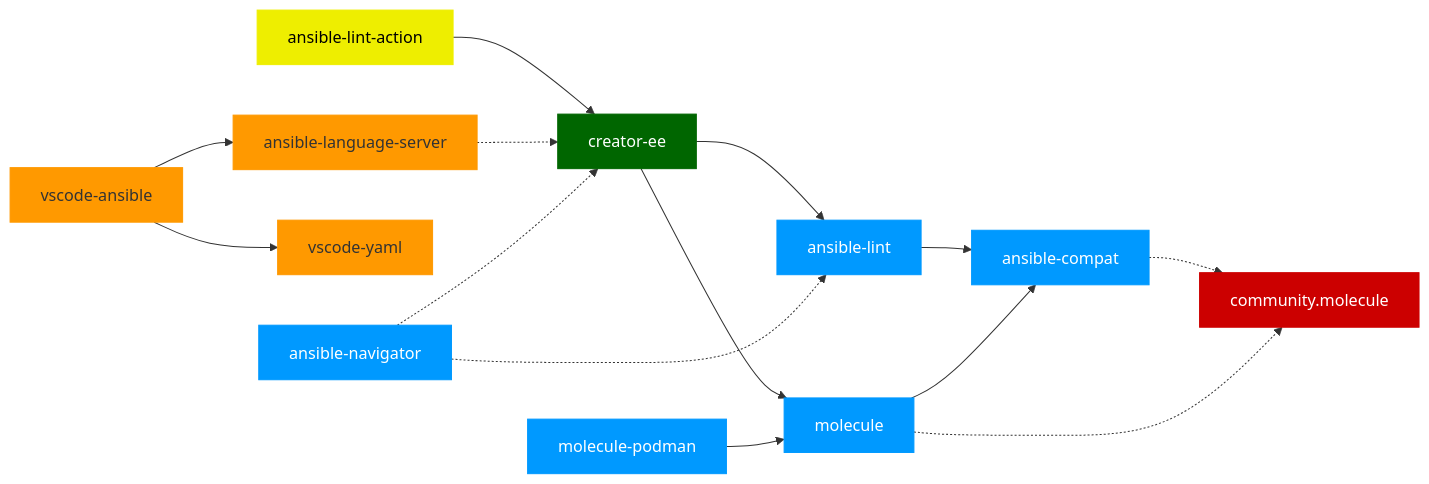
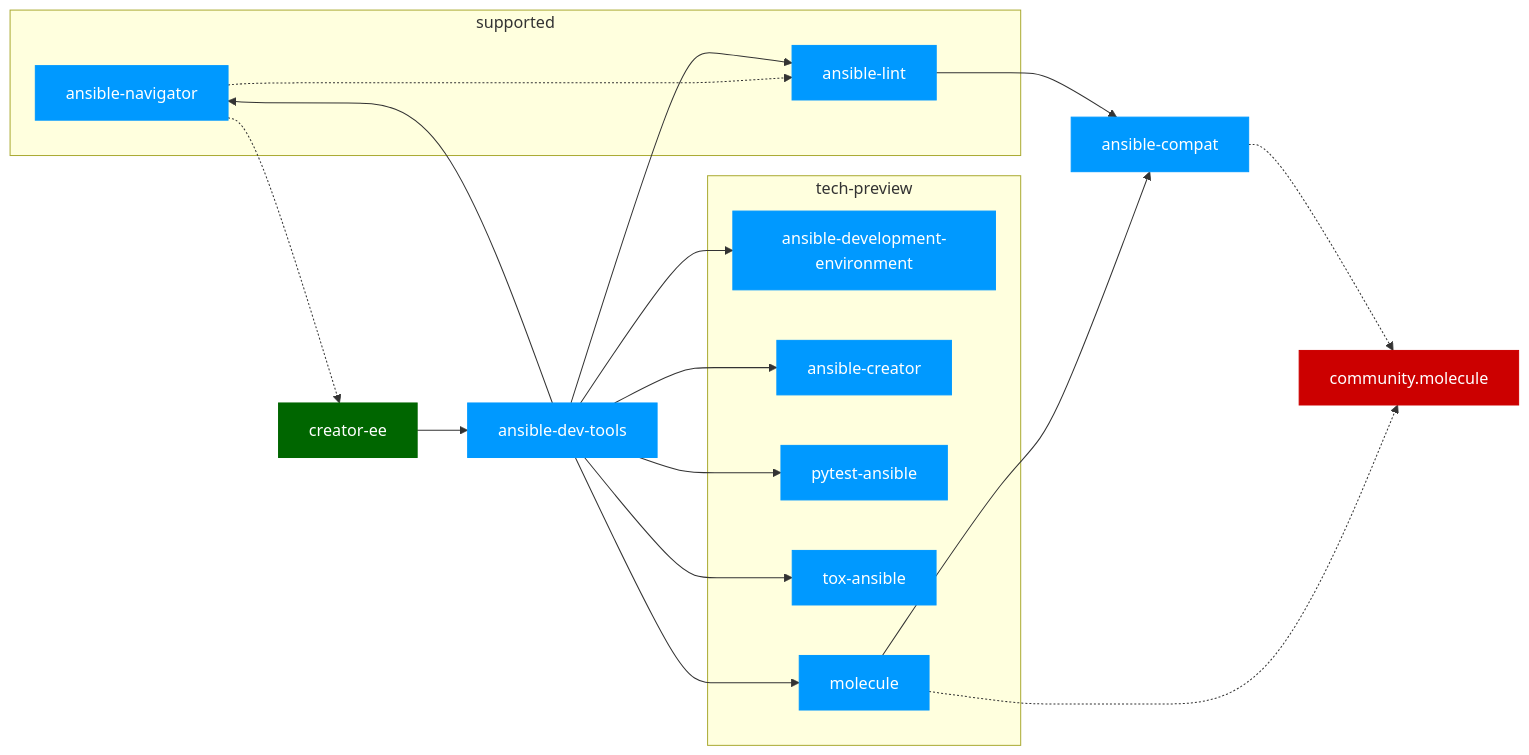
Before and after one commit to ansible/team-devtools: the first of 4 diagrams in README.md, drawn with Mermaid. The commit also changed other lines of this file and 2 other files, not shown here.

Commit message:
Document DevTools project changes
- update project names after renames
- update documentation to include new projects
- sort projects based on their current maintenance status

````diff
--- a/README.md
+++ b/README.md
@@ -7,47 +9,64 @@
 ```mermaid
 graph LR;
 
   classDef tsclass fill:#f90,stroke:#f90,color:#333;
   classDef containerclass fill:#060,stroke:#060,color:#fff;
   classDef thirdpartyclass fill:#9f6,stroke:#9f6,color:#333;
   classDef collectionclass fill:#c00,stroke:#c00,color:#fff;
   classDef pyclass fill:#09f,stroke:#09f,color:#fff;
-  classDef ghaclass fill:#ee0,stroke:#ee0,color:#000;
 
 
-  ansible-lint-action --> creator-ee;
-  creator-ee --> ansible-lint;
+subgraph supported
+  ansible-lint
+  ansible-navigator
+end
+
+subgraph tech-preview
+  ansible-development-environment
+  ansible-creator
+  pytest-ansible
+  tox-ansible
+  molecule
+end
+
+  creator-ee:::containerclass --> ansible-dev-tools;
+
+  ansible-dev-tools --> ansible-lint;
+  ansible-dev-tools --> ansible-navigator;
+  ansible-dev-tools --> molecule;
 
   ansible-lint --> ansible-compat;
   ansible-compat -.-> community.molecule;
   molecule --> ansible-compat;
   molecule -.-> community.molecule:::collectionclass;
-  creator-ee:::containerclass --> molecule;
-  vscode-ansible:::tsclass --> ansible-language-server;
-vscode-ansible:::tsclass --> vscode-yaml;
-  ansible-language-server -.-> creator-ee;
 
-  molecule-podman --> molecule;
   ansible-navigator -.-> ansible-lint;
   ansible-navigator -.-> creator-ee;
 
- ansible-lint:::pyclass;
- ansible-compat:::pyclass;
- molecule:::pyclass;
- molecule-podman:::pyclass;
- ansible-navigator:::pyclass;
- ansible-language-server:::tsclass;
- vscode-yaml:::tsclass;
- ansible-lint-action:::ghaclass;
- click ansible-lint-action href "https://github.com/ansible-community/ansible-lint-action"
- click community.molecule "https://github.com/ansible-collections/community.molecule"
- click molecule href "https://github.com/ansible-community/molecule"
- click molecule-podman href "https://github.com/ansible-community/molecule-podman"
- click creator-ee href "https://github.com/ansible/creator-ee"
- click ansible-lint href "https://github.com/ansible/ansible-lint"
- click ansible-compat href "https://github.com/ansible/ansible-compat"
- click ansible-navigator href "https://github.com/ansible/ansible-navigator"
- click ansible-language-server href "https://github.com/ansible/ansible-language-server"
- click vscode-ansible href "https://github.com/ansible/vscode-ansible"
- click vscode-yaml href "https://github.com/redhat-developer/vscode-yaml"
+
+  ansible-dev-tools --> ansible-development-environment;
+  ansible-dev-tools --> ansible-creator;
+  ansible-dev-tools --> pytest-ansible;
+  ansible-dev-tools --> tox-ansible;
+
+  ansible-compat:::pyclass;
+  ansible-creator:::pyclass;
+  ansible-dev-tools:::pyclass;
+  ansible-development-environment:::pyclass;
+  ansible-lint:::pyclass;
+  ansible-navigator:::pyclass;
+  molecule:::pyclass;
+  tox-ansible:::pyclass;
+  pytest-ansible:::pyclass;
+
+  click ansible-development-environment "https://github.com/ansible/ansible-development-environment"
+  click community.molecule "https://github.com/ansible-collections/community.molecule"
+  click molecule href "https://github.com/ansible/molecule"
+  click creator-ee href "https://github.com/ansible/creator-ee"
+  click ansible-lint href "https://github.com/ansible/ansible-lint"
+  click ansible-compat href "https://github.com/ansible/ansible-compat"
+  click ansible-navigator href "https://github.com/ansible/ansible-navigator"
+  click ansible-creator href "https://github.com/ansible/ansible-creator"
+  click tox-ansible href "https://github.com/ansible/tox-ansible"
+  click pytest-ansible href "https://github.com/ansible/pytest-ansible"
 ```
````
